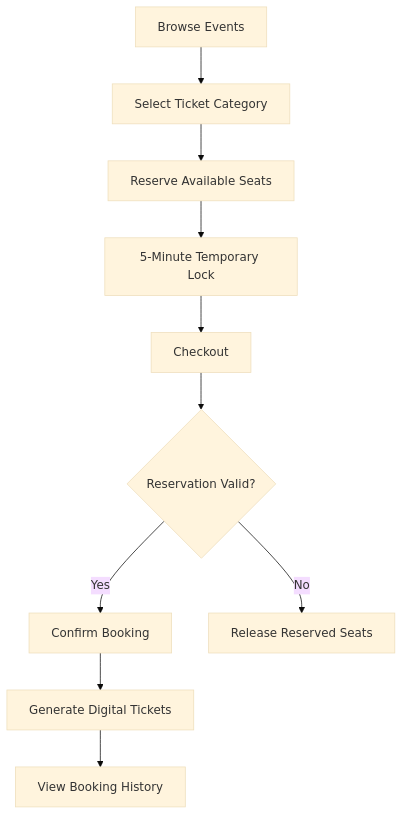
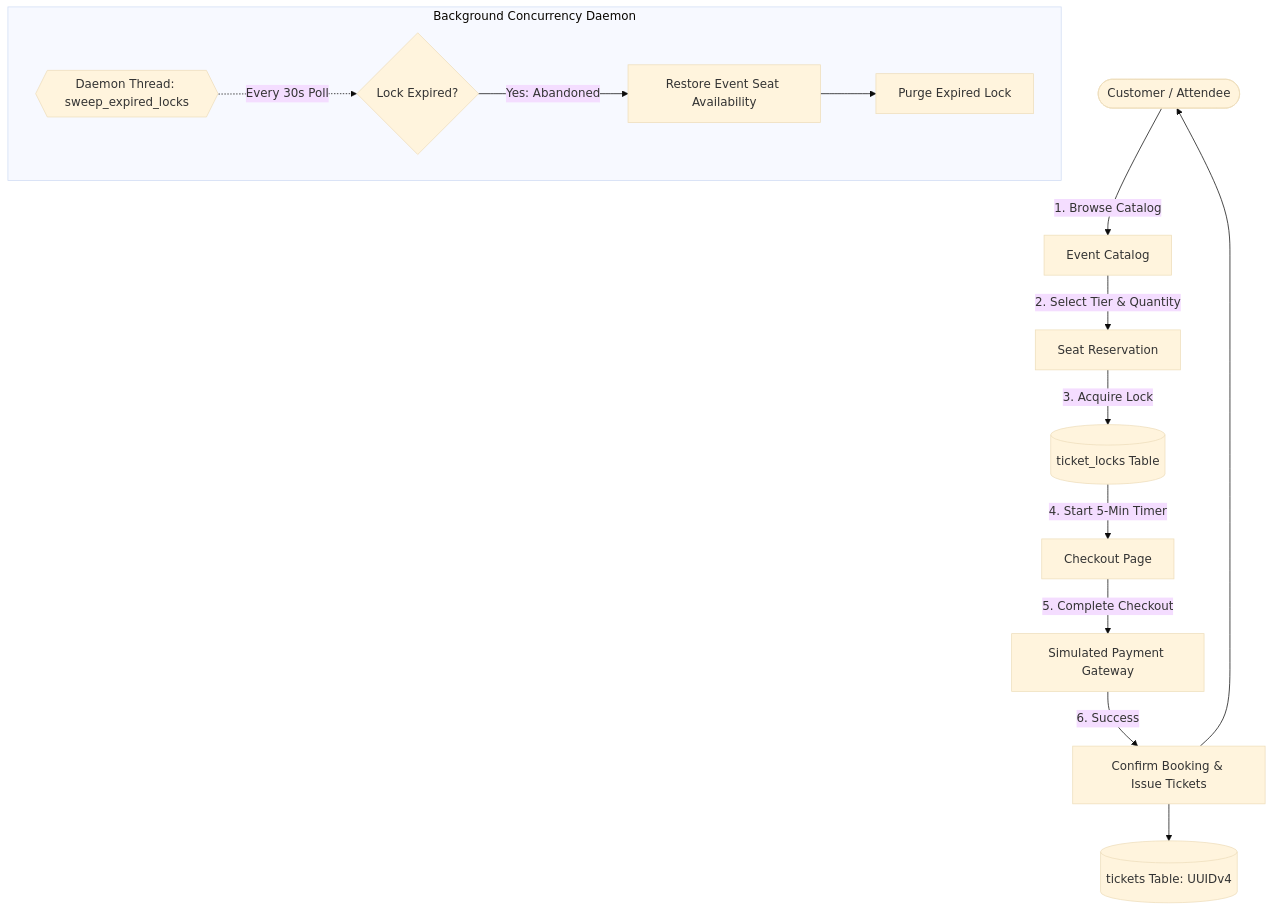
One commit to GofranEmonKhan/TicketMaster changed the first of 2 diagrams in README.md. Above: the diagram before and after it, drawn with Mermaid (base theme). The commit also changed other lines of this file, not shown here.

````diff
--- a/README.md
+++ b/README.md
@@ -185,12 +63,19 @@
 ```mermaid
 flowchart TD
-    A[Browse Events] --> B[Select Ticket Category]
-    B --> C[Reserve Available Seats]
-    C --> D[5-Minute Temporary Lock]
-    D --> E[Checkout]
-    E --> F{Reservation Valid?}
-    F -->|Yes| G[Confirm Booking]
-    F -->|No| H[Release Reserved Seats]
-    G --> I[Generate Digital Tickets]
-    I --> J[View Booking History]
+    User([Customer / Attendee]) -->|1. Browse Catalog| Events[Event Catalog]
+    Events -->|2. Select Tier & Quantity| Reserve[Seat Reservation]
+    Reserve -->|3. Acquire Lock| LockTable[(ticket_locks Table)]
+    LockTable -->|4. Start 5-Min Timer| Checkout[Checkout Page]
+    
+    subgraph Background Concurrency Daemon
+        Sweeper{{Daemon Thread: sweep_expired_locks}}
+        Sweeper -.->|Every 30s Poll| CheckExpiry{Lock Expired?}
+        CheckExpiry -->|Yes: Abandoned| Restore[Restore Event Seat Availability]
+        Restore --> DeleteLock[Purge Expired Lock]
+    end
+    
+    Checkout -->|5. Complete Checkout| Payment[Simulated Payment Gateway]
+    Payment -->|6. Success| Confirm[Confirm Booking & Issue Tickets]
+    Confirm --> TicketsTable[(tickets Table: UUIDv4)]
+    Confirm --> User
 ```
````
